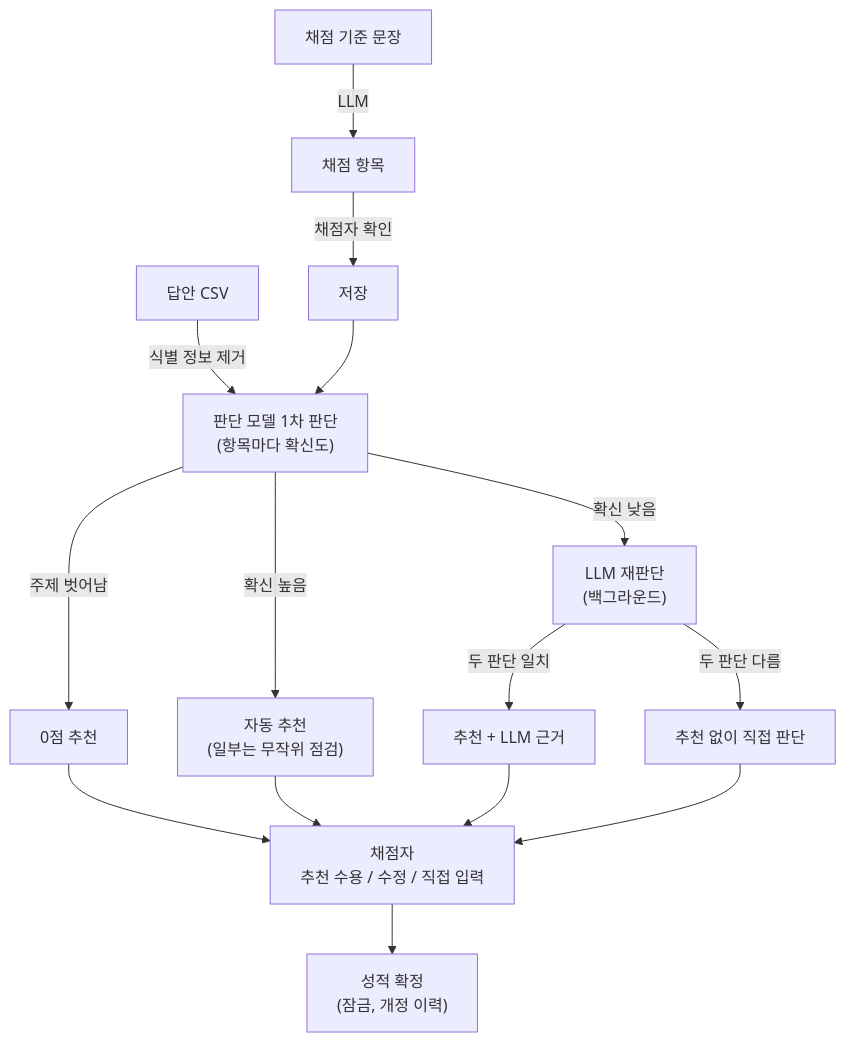
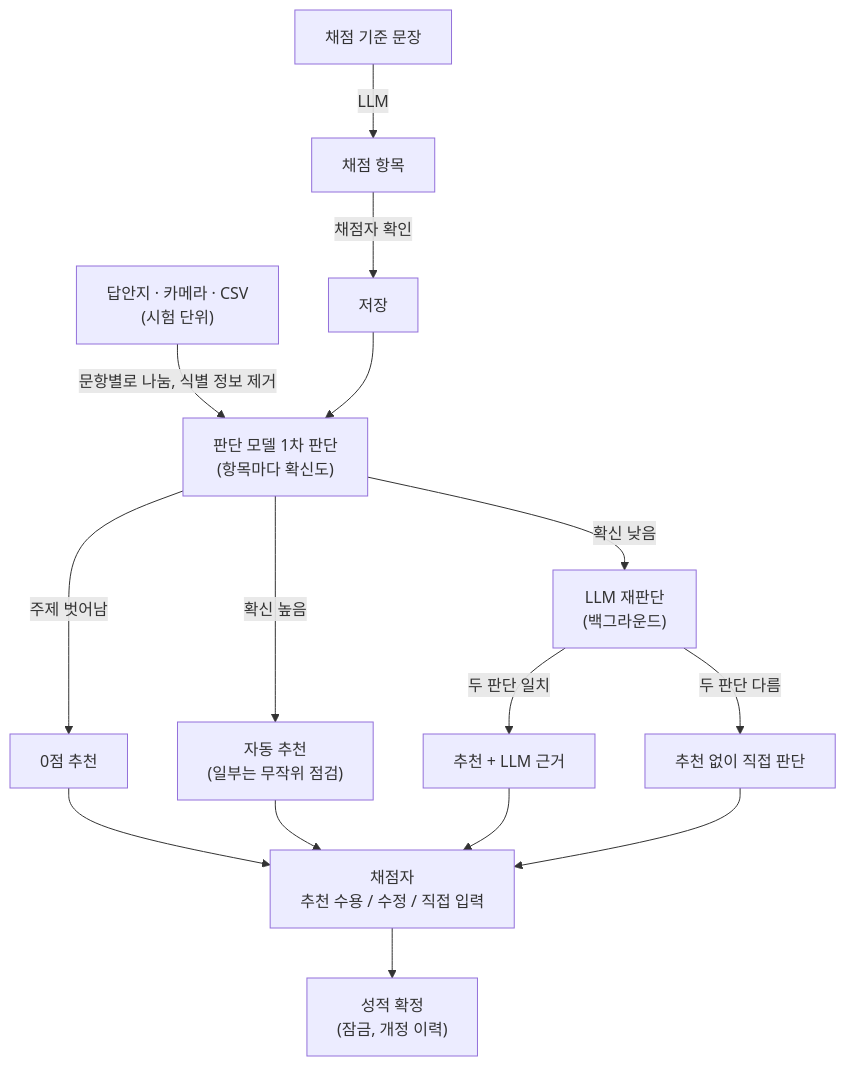
One commit to GrntKim/FastABC changed the diagram in README.md. Above: the diagram before and after it, drawn with Mermaid. The commit also changed other lines of this file and 16 other files, not shown here.

````diff
--- a/README.md
+++ b/README.md
@@ -31,16 +31,16 @@
 ```mermaid
 flowchart TD
     RUBRIC["채점 기준 문장"] -->|LLM| ITEMS["채점 항목"]
     ITEMS -->|채점자 확인| SAVED["저장"]
-    CSV["답안 CSV"] -->|식별 정보 제거| JUDGE
+    CSV["답안지 · 카메라 · CSV<br/>(시험 단위)"] -->|문항별로 나눔, 식별 정보 제거| JUDGE
     SAVED --> JUDGE["판단 모델 1차 판단<br/>(항목마다 확신도)"]
 
     JUDGE -->|주제 벗어남| OFF["0점 추천"]
     JUDGE -->|확신 높음| AUTO["자동 추천<br/>(일부는 무작위 점검)"]
     JUDGE -->|확신 낮음| LLM["LLM 재판단<br/>(백그라운드)"]
     LLM -->|두 판단 일치| AGREE["추천 + LLM 근거"]
     LLM -->|두 판단 다름| SPLIT["추천 없이 직접 판단"]
 
     OFF & AUTO & AGREE & SPLIT --> GRADER["채점자<br/>추천 수용 / 수정 / 직접 입력"]
     GRADER --> FINAL["성적 확정<br/>(잠금, 개정 이력)"]
 ```
````
